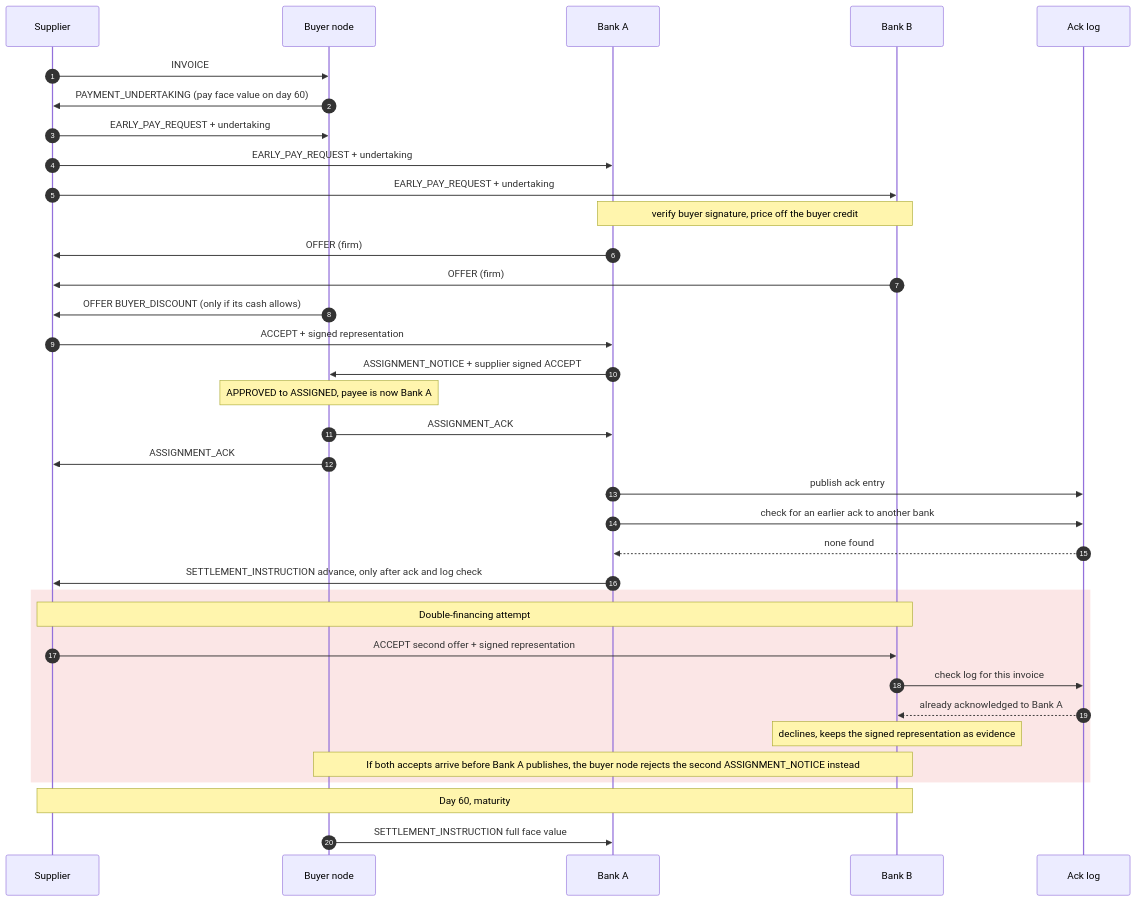
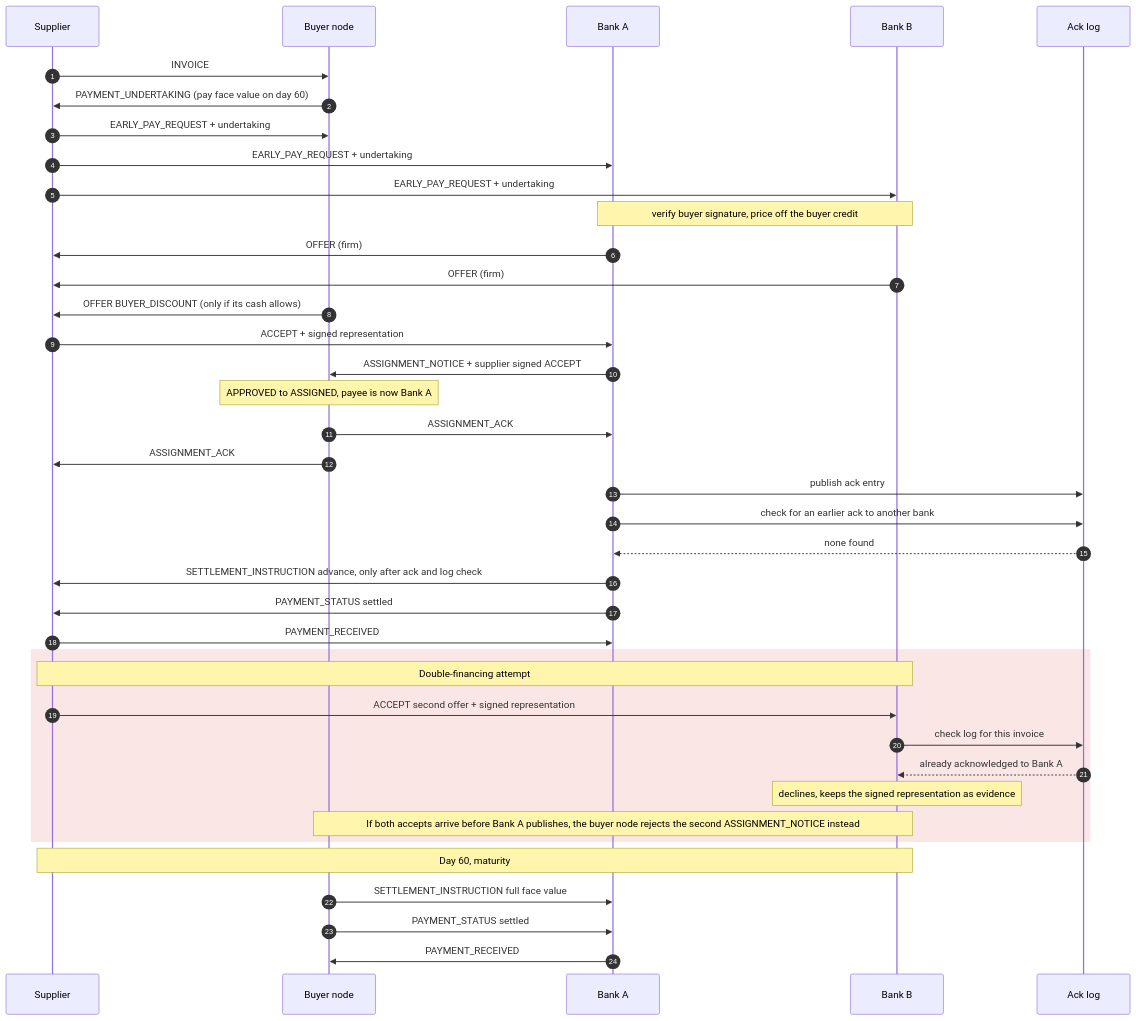
The second of 3 diagrams in README.md (4rnaudD/hackathon), drawn with Mermaid before and after one commit. The commit also changed other lines of this file and 9 other files, not shown here.

````diff
--- a/README.md
+++ b/README.md
@@ -47,40 +47,44 @@
 ```mermaid
 sequenceDiagram
     autonumber
     participant S as Supplier
     participant B as Buyer node
     participant A as Bank A
     participant X as Bank B
     participant L as Ack log
 
     S->>B: INVOICE
     B->>S: PAYMENT_UNDERTAKING (pay face value on day 60)
     S->>B: EARLY_PAY_REQUEST + undertaking
     S->>A: EARLY_PAY_REQUEST + undertaking
     S->>X: EARLY_PAY_REQUEST + undertaking
     Note over A,X: verify buyer signature, price off the buyer credit
     A->>S: OFFER (firm)
     X->>S: OFFER (firm)
     B->>S: OFFER BUYER_DISCOUNT (only if its cash allows)
     S->>A: ACCEPT + signed representation
     A->>B: ASSIGNMENT_NOTICE + supplier signed ACCEPT
     Note over B: APPROVED to ASSIGNED, payee is now Bank A
     B->>A: ASSIGNMENT_ACK
     B->>S: ASSIGNMENT_ACK
     A->>L: publish ack entry
     A->>L: check for an earlier ack to another bank
     L-->>A: none found
     A->>S: SETTLEMENT_INSTRUCTION advance, only after ack and log check
+    A->>S: PAYMENT_STATUS settled
+    S->>A: PAYMENT_RECEIVED
 
     rect rgba(220, 50, 50, 0.12)
     Note over S,X: Double-financing attempt
     S->>X: ACCEPT second offer + signed representation
     X->>L: check log for this invoice
     L-->>X: already acknowledged to Bank A
     Note over X: declines, keeps the signed representation as evidence
     Note over B,X: If both accepts arrive before Bank A publishes, the buyer node rejects the second ASSIGNMENT_NOTICE instead
     end
 
     Note over S,X: Day 60, maturity
     B->>A: SETTLEMENT_INSTRUCTION full face value
+    B->>A: PAYMENT_STATUS settled
+    A->>B: PAYMENT_RECEIVED
 ```
````
